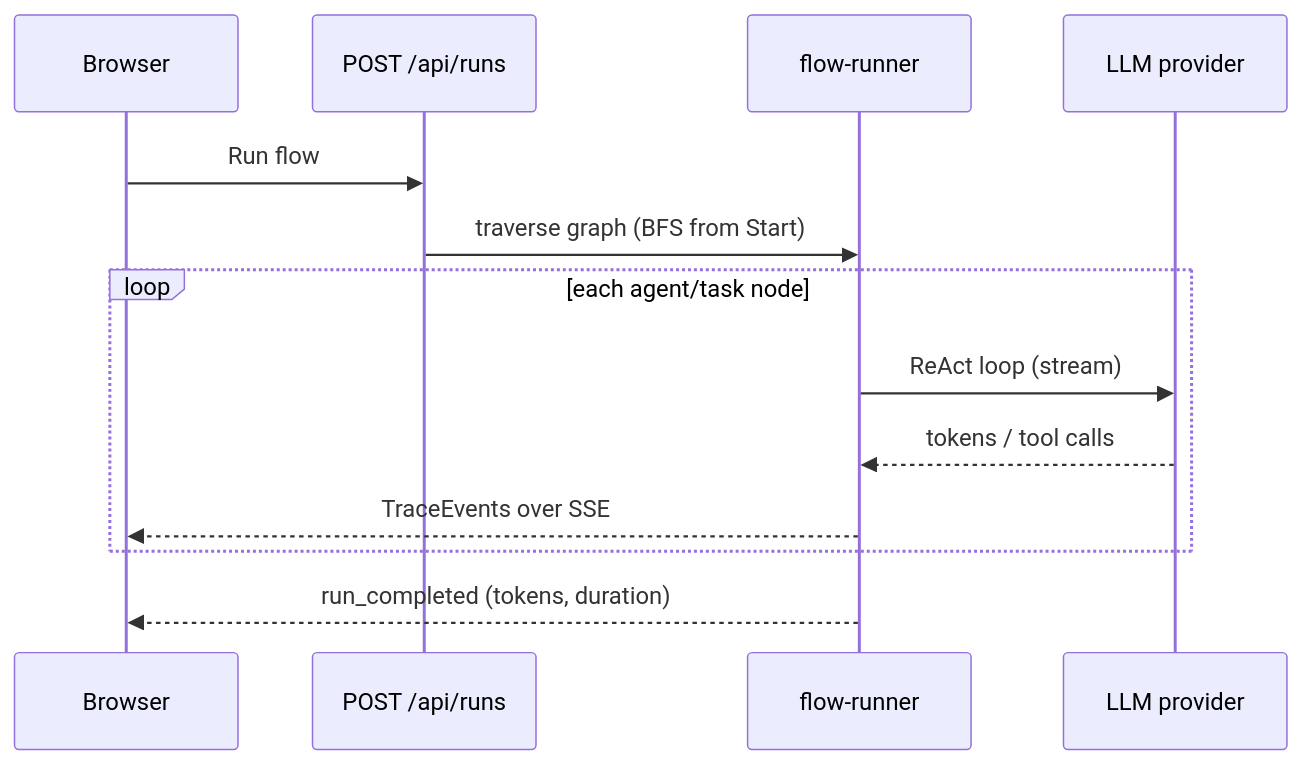
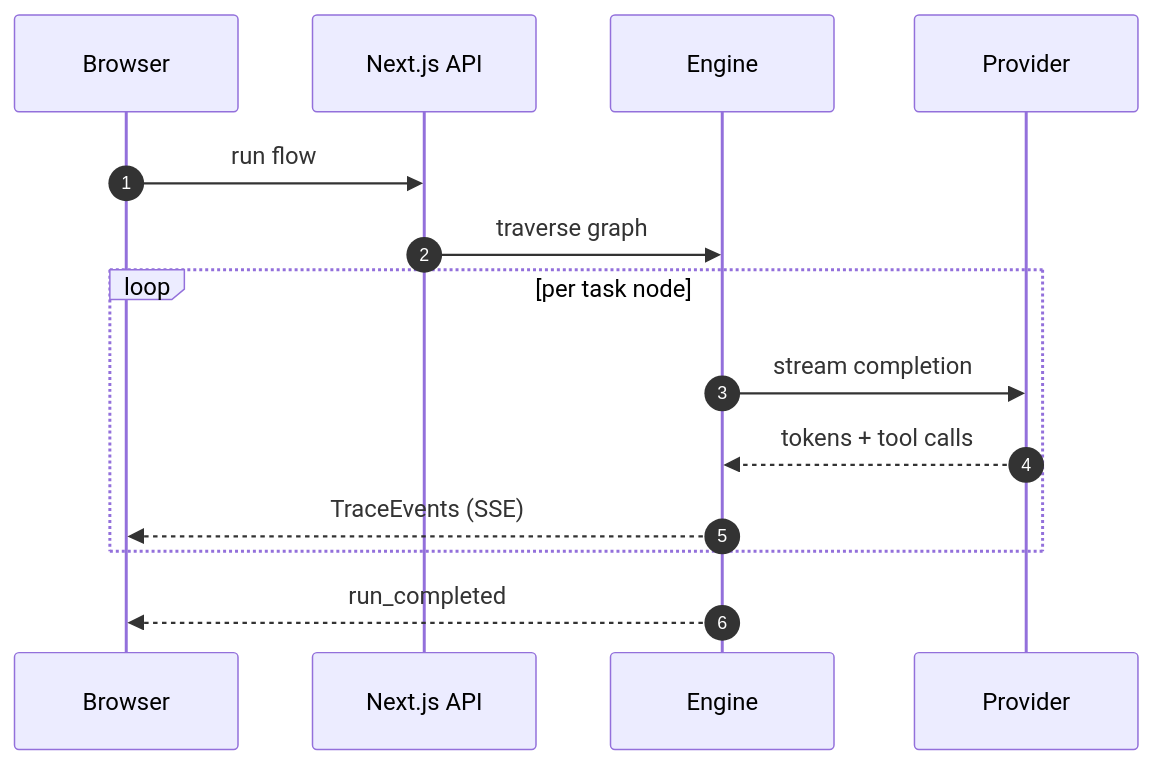
One commit to myUdav4iik/agent-canvas changed the second of 2 diagrams in README.md. Above: the diagram before and after it, drawn with Mermaid. The commit also changed other lines of this file and 3 other files, not shown here.

First line of the commit message:
Fix README diagram overlap and give example flows breathing room

````diff
--- a/README.md
+++ b/README.md
@@ -83,16 +77,17 @@
 ```mermaid
 sequenceDiagram
-    participant U as Browser
-    participant A as POST /api/runs
-    participant E as flow-runner
-    participant L as LLM provider
+    autonumber
+    participant B as Browser
+    participant API as Next.js API
+    participant E as Engine
+    participant LLM as Provider
 
-    U->>A: Run flow
-    A->>E: traverse graph (BFS from Start)
-    loop each agent/task node
-        E->>L: ReAct loop (stream)
-        L-->>E: tokens / tool calls
-        E-->>U: TraceEvents over SSE
+    B->>API: run flow
+    API->>E: traverse graph
+    loop per task node
+        E->>LLM: stream completion
+        LLM-->>E: tokens + tool calls
+        E-->>B: TraceEvents (SSE)
     end
-    E-->>U: run_completed (tokens, duration)
+    E-->>B: run_completed
 ```
````
